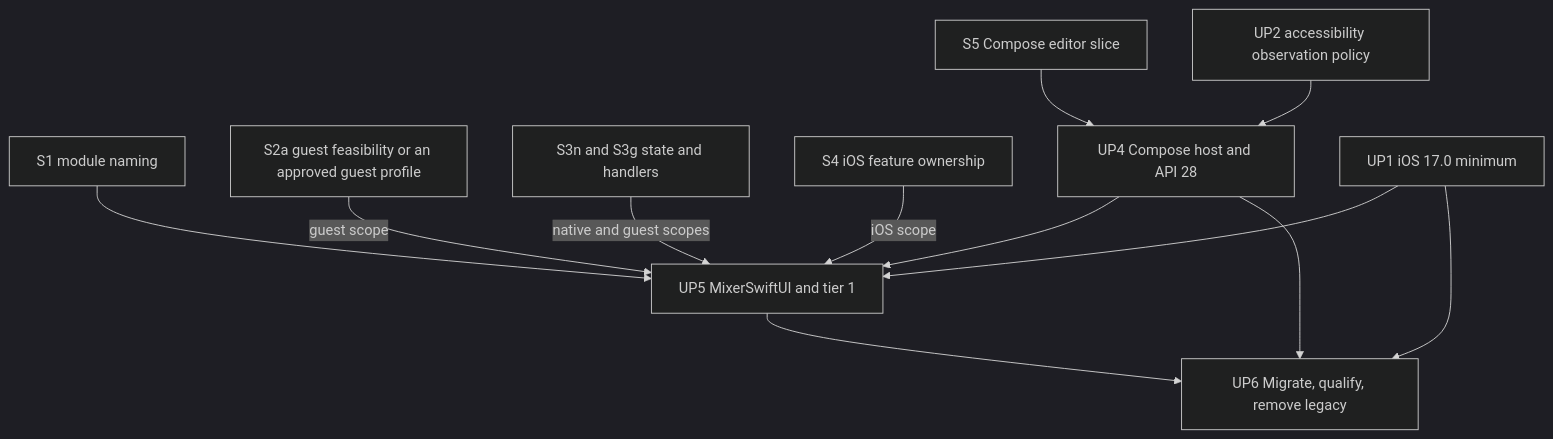
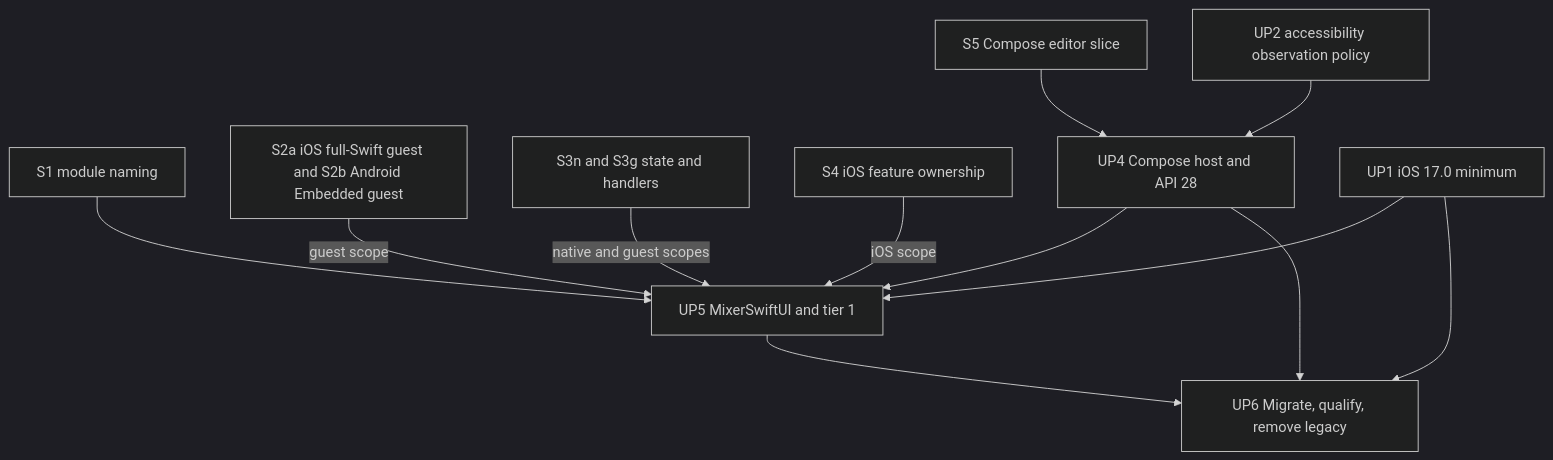
One commit to snowdamiz/mixer changed the third of 3 diagrams in mixer-product-plan.md. Above: the diagram before and after it, drawn with Mermaid (dark theme). The commit also changed other lines of this file and 4 other files, not shown here.

First line of the commit message:
Allow a full-Swift update guest on iOS

````diff
--- a/mixer-product-plan.md
+++ b/mixer-product-plan.md
@@ -1050,14 +1050,14 @@
 ```mermaid
 flowchart TD
   S1[S1 module naming] --> UP5
-  S2[S2a guest feasibility or an approved guest profile] -->|guest scope| UP5
+  S2[S2a iOS full-Swift guest and S2b Android Embedded guest] -->|guest scope| UP5
   S3[S3n and S3g state and handlers] -->|native and guest scopes| UP5
   S4[S4 iOS feature ownership] -->|iOS scope| UP5
   S5[S5 Compose editor slice] --> UP4
   UP2[UP2 accessibility observation policy] --> UP4[UP4 Compose host and API 28]
   UP1[UP1 iOS 17.0 minimum] --> UP5
   UP4 --> UP5[UP5 MixerSwiftUI and tier 1]
   UP1 --> UP6
   UP4 --> UP6[UP6 Migrate, qualify, remove legacy]
   UP5 --> UP6
 ```
````
